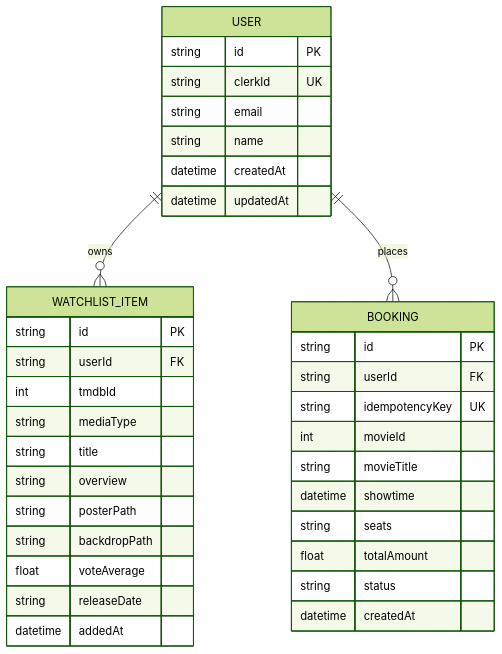
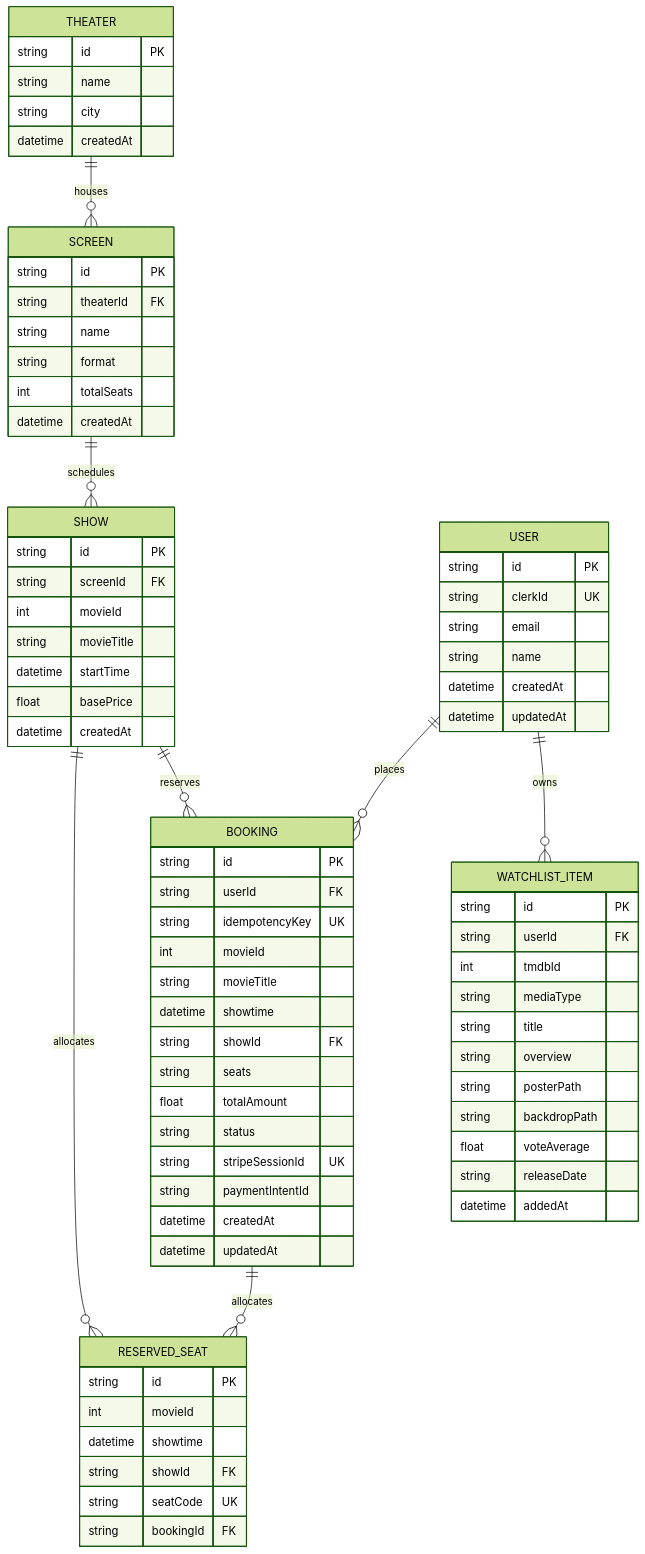
Before and after one commit to Deepesh70/Flex-Watch: the first of 2 diagrams in docs/architecture-guide.md, drawn with Mermaid (forest theme). The commit also changed other lines of this file and 26 other files, not shown here.

````diff
--- a/docs/architecture-guide.md
+++ b/docs/architecture-guide.md
@@ -122,7 +122,38 @@
 ```mermaid
 erDiagram
+    THEATER ||--o{ SCREEN : houses
+    SCREEN ||--o{ SHOW : schedules
+    SHOW ||--o{ BOOKING : reserves
+    SHOW ||--o{ RESERVED_SEAT : allocates
     USER ||--o{ WATCHLIST_ITEM : owns
     USER ||--o{ BOOKING : places
+    BOOKING ||--o{ RESERVED_SEAT : allocates
+
+    THEATER {
+        string id PK
+        string name
+        string city
+        datetime createdAt
+    }
+
+    SCREEN {
+        string id PK
+        string theaterId FK
+        string name
+        string format
+        int totalSeats
+        datetime createdAt
+    }
+
+    SHOW {
+        string id PK
+        string screenId FK
+        int movieId
+        string movieTitle
+        datetime startTime
+        float basePrice
+        datetime createdAt
+    }
 
     USER {
         string id PK
@@ -154,9 +185,22 @@
         int movieId
         string movieTitle
         datetime showtime
+        string showId FK
         string seats
         float totalAmount
         string status
+        string stripeSessionId UK
+        string paymentIntentId
         datetime createdAt
+        datetime updatedAt
+    }
+
+    RESERVED_SEAT {
+        string id PK
+        int movieId
+        datetime showtime
+        string showId FK
+        string seatCode UK
+        string bookingId FK
     }
 ```
````
